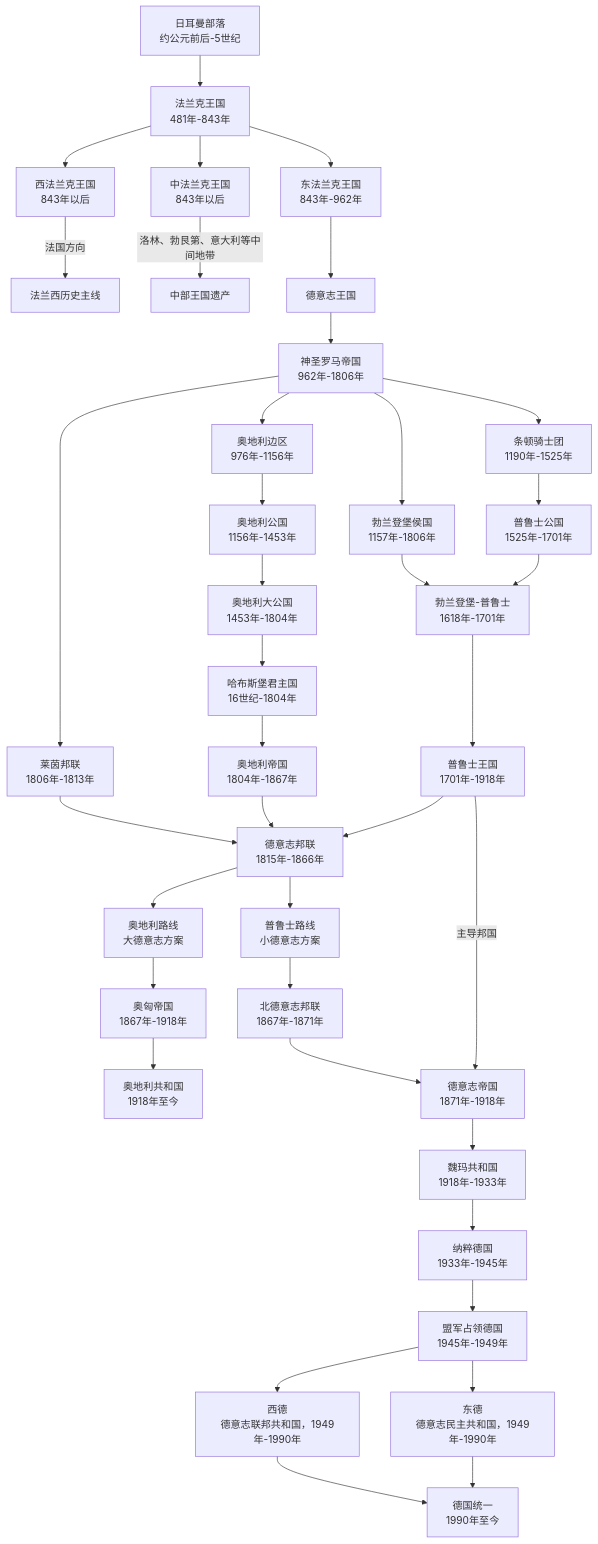
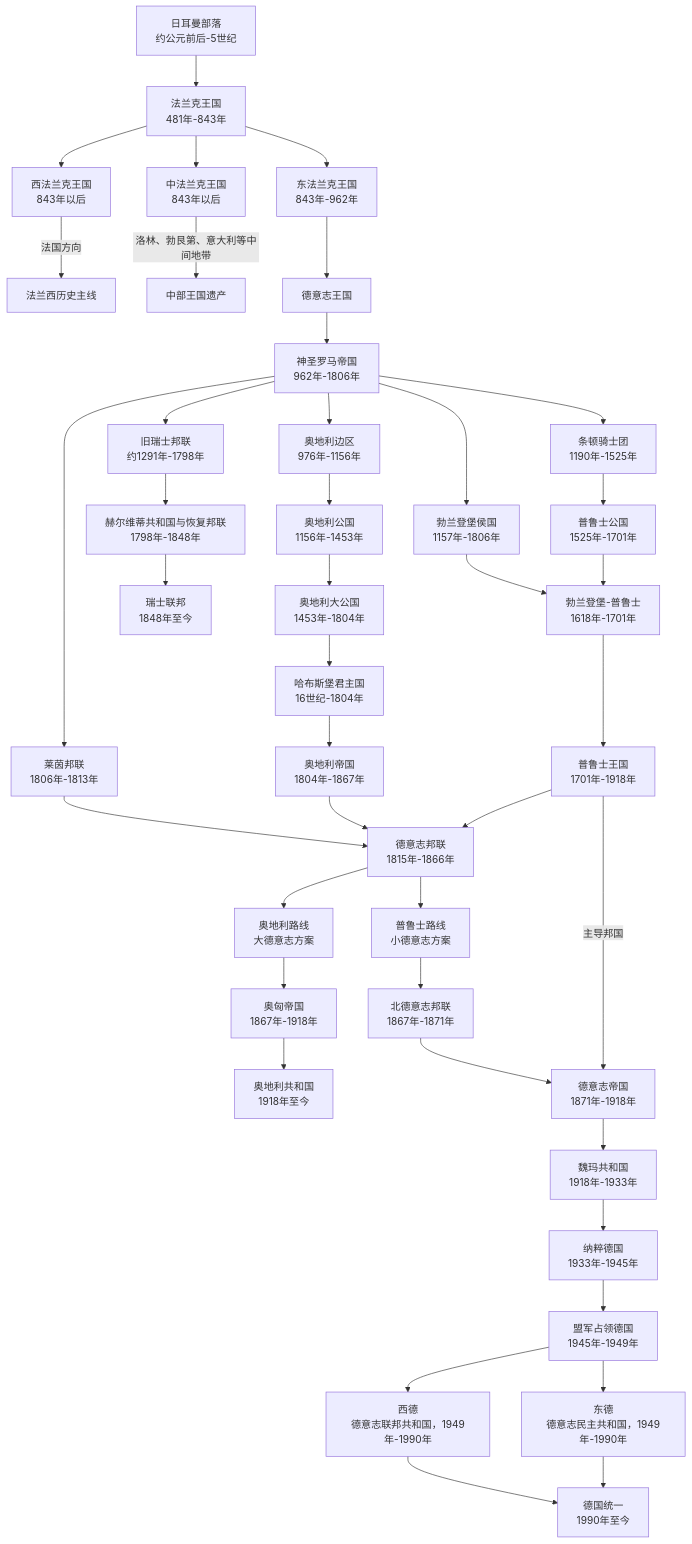
Before and after one commit to tianlan-dev/learning-notes: the diagram in 人文科学/历史/欧洲/德意志/README.md, drawn with Mermaid. The commit also changed other lines of this file and 180 other files, not shown here.

````diff
--- a/人文科学/历史/欧洲/德意志/README.md
+++ b/人文科学/历史/欧洲/德意志/README.md
@@ -9,48 +9,51 @@
 ```mermaid
 flowchart TD
     A["日耳曼部落<br/>约公元前后-5世纪"] --> B["法兰克王国<br/>481年-843年"]
 
     B --> C1["西法兰克王国<br/>843年以后"]
     B --> C2["中法兰克王国<br/>843年以后"]
     B --> C3["东法兰克王国<br/>843年-962年"]
     C1 -->|法国方向| X1["法兰西历史主线"]
     C2 -->|洛林、勃艮第、意大利等中间地带| X2["中部王国遗产"]
 
     C3 --> D["德意志王国"]
     D --> E["神圣罗马帝国<br/>962年-1806年"]
 
     E --> A1["奥地利边区<br/>976年-1156年"]
     A1 --> A2["奥地利公国<br/>1156年-1453年"]
     A2 --> A3["奥地利大公国<br/>1453年-1804年"]
     A3 --> A4["哈布斯堡君主国<br/>16世纪-1804年"]
     A4 --> A5["奥地利帝国<br/>1804年-1867年"]
 
     E --> P1["勃兰登堡侯国<br/>1157年-1806年"]
     E --> P2["条顿骑士团<br/>1190年-1525年"]
+    E --> S1["旧瑞士邦联<br/>约1291年-1798年"]
+    S1 --> S2["赫尔维蒂共和国与恢复邦联<br/>1798年-1848年"]
+    S2 --> S3["瑞士联邦<br/>1848年至今"]
     P2 --> P3["普鲁士公国<br/>1525年-1701年"]
     P1 --> P4["勃兰登堡-普鲁士<br/>1618年-1701年"]
     P3 --> P4
     P4 --> P5["普鲁士王国<br/>1701年-1918年"]
 
     E --> F["莱茵邦联<br/>1806年-1813年"]
     F --> H["德意志邦联<br/>1815年-1866年"]
     A5 --> H
     P5 --> H
 
     H --> I1["奥地利路线<br/>大德意志方案"]
     H --> I2["普鲁士路线<br/>小德意志方案"]
     I1 --> A6["奥匈帝国<br/>1867年-1918年"]
     A6 --> A7["奥地利共和国<br/>1918年至今"]
 
     I2 --> J["北德意志邦联<br/>1867年-1871年"]
     J --> K["德意志帝国<br/>1871年-1918年"]
     P5 -->|主导邦国| K
     K --> L["魏玛共和国<br/>1918年-1933年"]
     L --> M["纳粹德国<br/>1933年-1945年"]
     M --> N["盟军占领德国<br/>1945年-1949年"]
 
     N --> O1["西德<br/>德意志联邦共和国，1949年-1990年"]
     N --> O2["东德<br/>德意志民主共和国，1949年-1990年"]
     O1 --> Q["德国统一<br/>1990年至今"]
     O2 --> Q
 ```
````
